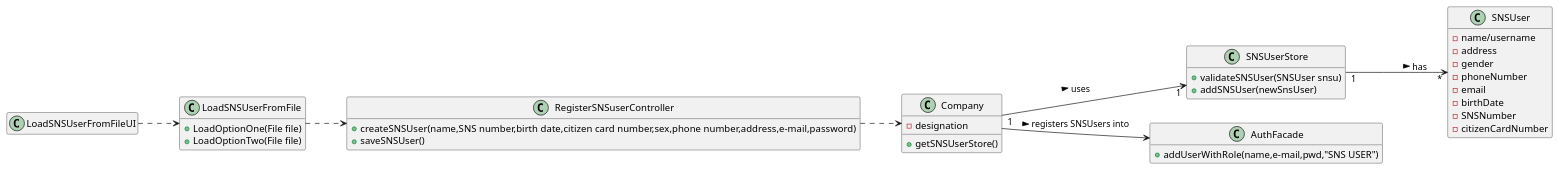
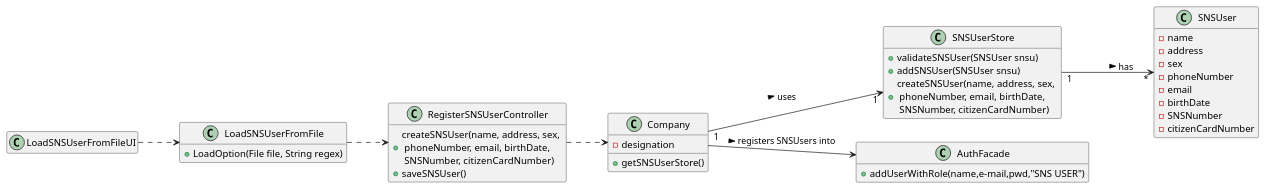
Before and after one commit to PedroMesquita1211171/VaccinationManager: the diagram in docs/SprintC/US/US14/US014_CD.puml, drawn with PlantUML. The commit also changed 14 other files, not shown here.

```diff
--- a/docs/SprintC/US/US14/US014_CD.puml
+++ b/docs/SprintC/US/US14/US014_CD.puml
@@ -1,54 +1,54 @@
 @startuml
 'https://plantuml.com/class-diagram
 
 hide empty members
 left to right direction
 
 
 class LoadSNSUserFromFileUI{
 }
 
 class LoadSNSUserFromFile{
-+LoadOptionOne(File file)
-+LoadOptionTwo(File file)
++LoadOption(File file, String regex)
 }
 
 class Company {
 - designation
 + getSNSUserStore()
 }
 
 
 
-class RegisterSNSuserController {
-+ createSNSUser(name,SNS number,birth date,citizen card number,sex,phone number,address,e-mail,password)
+class RegisterSNSUserController {
++ createSNSUser(name, address, sex, \n phoneNumber, email, birthDate, \n SNSNumber, citizenCardNumber)
 + saveSNSUser()
 }
 
 class SNSUser {
--name/username
+-name
 -address
--gender
+-sex
 -phoneNumber
 -email
 -birthDate
 -SNSNumber
 -citizenCardNumber
 }
 
 class SNSUserStore {
 + validateSNSUser(SNSUser snsu)
-+ addSNSUser(newSnsUser)
++ addSNSUser(SNSUser snsu)
++ createSNSUser(name, address, sex, \n phoneNumber, email, birthDate, \n SNSNumber, citizenCardNumber)
 }
 
 class AuthFacade{
 + addUserWithRole(name,e-mail,pwd,"SNS USER")
 }
 
 LoadSNSUserFromFileUI ..> LoadSNSUserFromFile
-LoadSNSUserFromFile ..> RegisterSNSuserController
-RegisterSNSuserController ..> Company
+LoadSNSUserFromFile ..> RegisterSNSUserController
+RegisterSNSUserController ..> Company
 Company "1" --> "1" SNSUserStore: uses >
 SNSUserStore "1" --> "*" SNSUser: has >
 Company --> AuthFacade : registers SNSUsers into >
 @enduml
```
